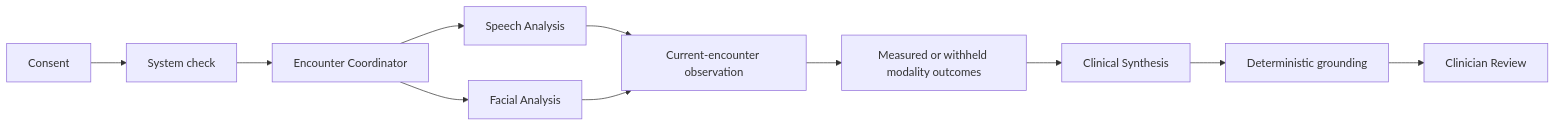
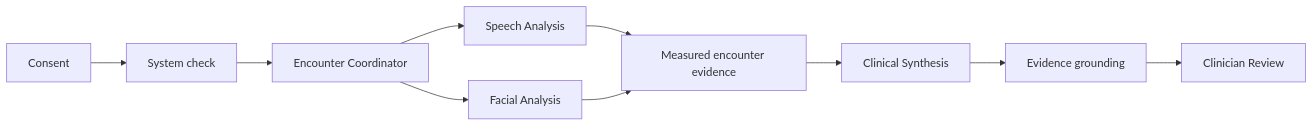
Before and after one commit to logannye/neurotrax: the diagram in README.md, drawn with Mermaid. The commit also changed other lines of this file and 4 other files, not shown here.

````diff
--- a/README.md
+++ b/README.md
@@ -121,13 +100,12 @@
 ```mermaid
 flowchart LR
     CONSENT["Consent"] --> CHECK["System check"]
     CHECK --> COORDINATOR["Encounter Coordinator"]
     COORDINATOR --> SPEECH["Speech Analysis"]
     COORDINATOR --> FACE["Facial Analysis"]
-    SPEECH --> OBSERVATION["Current-encounter observation"]
-    FACE --> OBSERVATION
-    OBSERVATION --> FACTS["Measured or withheld modality outcomes"]
-    FACTS --> SYNTHESIS["Clinical Synthesis"]
-    SYNTHESIS --> GROUNDING["Deterministic grounding"]
+    SPEECH --> EVIDENCE["Measured encounter evidence"]
+    FACE --> EVIDENCE
+    EVIDENCE --> SYNTHESIS["Clinical Synthesis"]
+    SYNTHESIS --> GROUNDING["Evidence grounding"]
     GROUNDING --> REVIEW["Clinician Review"]
 ```
````
